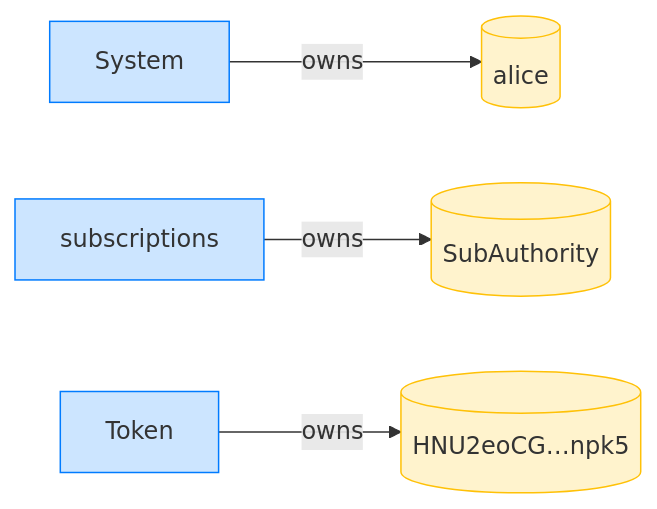
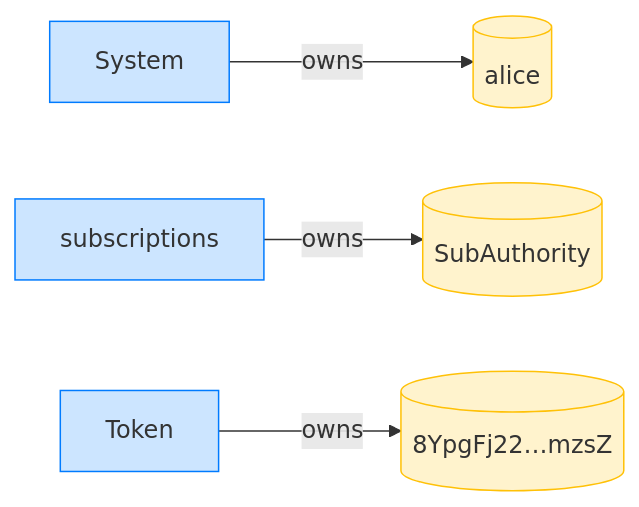
The fourth of 16 diagrams in dsl_tests/recurring-transfer-resets-the-allowance-each-period.md (cds-rs/subscriptions), drawn with Mermaid before and after one commit. The commit also changed other lines of this file and 224 other files, not shown here.

````diff
--- a/dsl_tests/recurring-transfer-resets-the-allowance-each-period.md
+++ b/dsl_tests/recurring-transfer-resets-the-allowance-each-period.md
@@ -73,14 +78,14 @@
 ```mermaid
 flowchart LR
     classDef owner fill:#cce5ff,stroke:#007bff;
     classDef account fill:#fff3cd,stroke:#ffc107;
     System[System]:::owner
     alice[(alice)]:::account
     subscriptions[subscriptions]:::owner
     SubAuthority[(SubAuthority)]:::account
     Token[Token]:::owner
-    HNU2eoCG_npk5[("HNU2eoCG…npk5")]:::account
+    8YpgFj22_mzsZ[("8YpgFj22…mzsZ")]:::account
     System -->|owns| alice
     subscriptions -->|owns| SubAuthority
-    Token -->|owns| HNU2eoCG_npk5
+    Token -->|owns| 8YpgFj22_mzsZ
 ```
````
